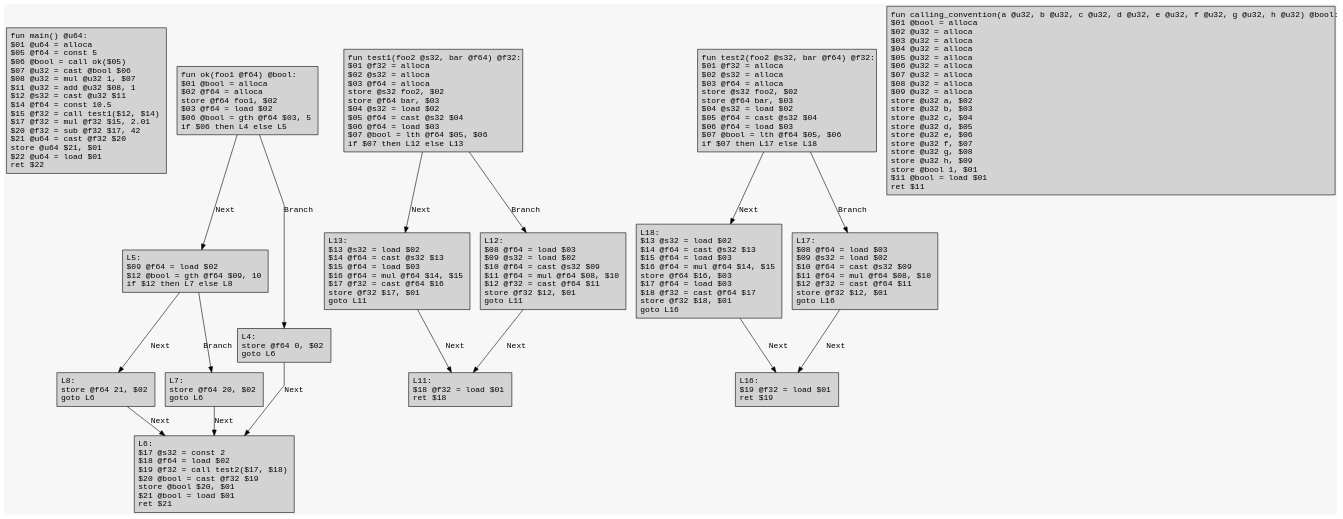
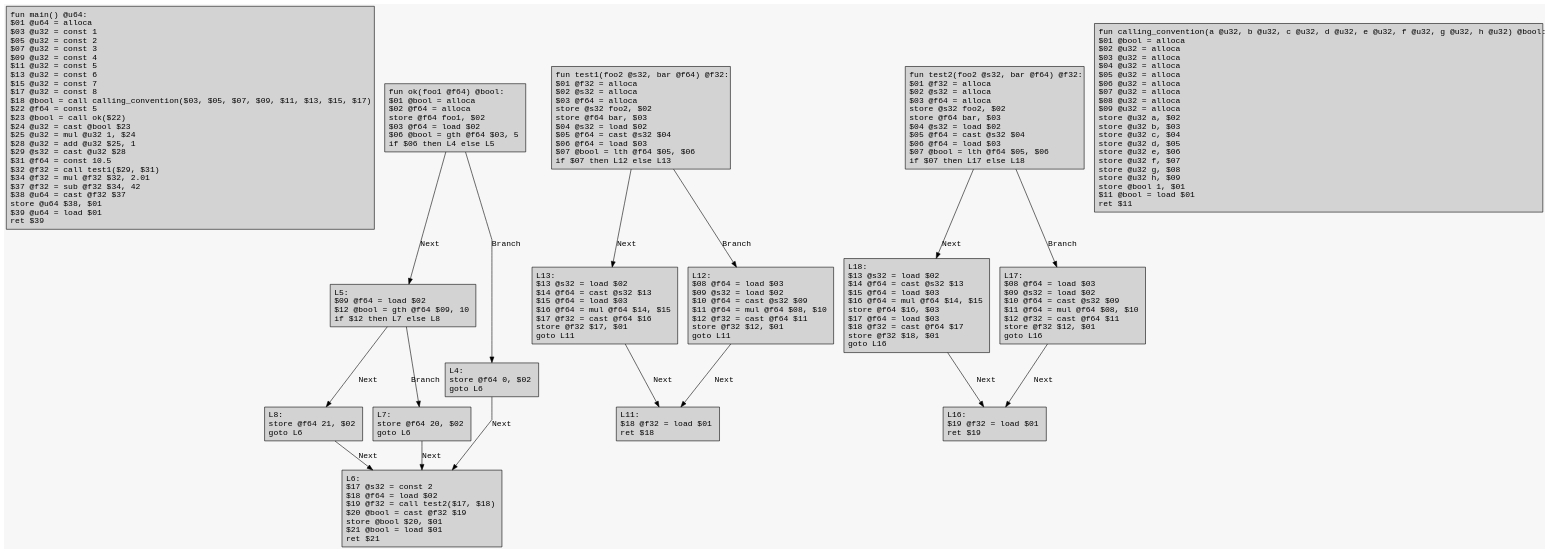
The diagram in example/test_opt.dot (Excse/arkoi_language), drawn with Graphviz before and after one commit. The commit also changed 8 other files, not shown here.

Commit message:
Working on the calling convention

```diff
--- a/example/test_opt.dot
+++ b/example/test_opt.dot
@@ -1,39 +1,39 @@
 digraph CFG {
 	graph [fontname = "Monospace"];
 	node  [fontname = "Monospace", shape=box, style=filled, margin=0.1];
 	edge  [fontname = "Monospace"];
 	bgcolor = "#f7f7f7";
 	splines = false;
 
-	L0 [label="fun main() @u64:\l $01 @u64 = alloca\l $05 @f64 = const 5\l $06 @bool = call ok($05)\l $07 @u32 = cast @bool $06\l $08 @u32 = mul @u32 1, $07\l $11 @u32 = add @u32 $08, 1\l $12 @s32 = cast @u32 $11\l $14 @f64 = const 10.5\l $15 @f32 = call test1($12, $14)\l $17 @f32 = mul @f32 $15, 2.01\l $20 @f32 = sub @f32 $17, 42\l $21 @u64 = cast @f32 $20\l store @u64 $21, $01\l $22 @u64 = load $01\l ret $22\l"];
+	L0 [label="fun main() @u64:\l $01 @u64 = alloca\l $03 @u32 = const 1\l $05 @u32 = const 2\l $07 @u32 = const 3\l $09 @u32 = const 4\l $11 @u32 = const 5\l $13 @u32 = const 6\l $15 @u32 = const 7\l $17 @u32 = const 8\l $18 @bool = call calling_convention($03, $05, $07, $09, $11, $13, $15, $17)\l $22 @f64 = const 5\l $23 @bool = call ok($22)\l $24 @u32 = cast @bool $23\l $25 @u32 = mul @u32 1, $24\l $28 @u32 = add @u32 $25, 1\l $29 @s32 = cast @u32 $28\l $31 @f64 = const 10.5\l $32 @f32 = call test1($29, $31)\l $34 @f32 = mul @f32 $32, 2.01\l $37 @f32 = sub @f32 $34, 42\l $38 @u64 = cast @f32 $37\l store @u64 $38, $01\l $39 @u64 = load $01\l ret $39\l"];
 	L2 [label="fun ok(foo1 @f64) @bool:\l $01 @bool = alloca\l $02 @f64 = alloca\l store @f64 foo1, $02\l $03 @f64 = load $02\l $06 @bool = gth @f64 $03, 5\l if $06 then L4 else L5\l"];
 	L2 -> L5 [label="Next"];
 	L2 -> L4 [label="Branch"];
 	L5 [label="L5:\l $09 @f64 = load $02\l $12 @bool = gth @f64 $09, 10\l if $12 then L7 else L8\l"];
 	L5 -> L8 [label="Next"];
 	L5 -> L7 [label="Branch"];
 	L8 [label="L8:\l store @f64 21, $02\l goto L6\l"];
 	L8 -> L6 [label="Next"];
 	L7 [label="L7:\l store @f64 20, $02\l goto L6\l"];
 	L7 -> L6 [label="Next"];
 	L4 [label="L4:\l store @f64 0, $02\l goto L6\l"];
 	L4 -> L6 [label="Next"];
 	L6 [label="L6:\l $17 @s32 = const 2\l $18 @f64 = load $02\l $19 @f32 = call test2($17, $18)\l $20 @bool = cast @f32 $19\l store @bool $20, $01\l $21 @bool = load $01\l ret $21\l"];
 	L10 [label="fun test1(foo2 @s32, bar @f64) @f32:\l $01 @f32 = alloca\l $02 @s32 = alloca\l $03 @f64 = alloca\l store @s32 foo2, $02\l store @f64 bar, $03\l $04 @s32 = load $02\l $05 @f64 = cast @s32 $04\l $06 @f64 = load $03\l $07 @bool = lth @f64 $05, $06\l if $07 then L12 else L13\l"];
 	L10 -> L13 [label="Next"];
 	L10 -> L12 [label="Branch"];
 	L13 [label="L13:\l $13 @s32 = load $02\l $14 @f64 = cast @s32 $13\l $15 @f64 = load $03\l $16 @f64 = mul @f64 $14, $15\l $17 @f32 = cast @f64 $16\l store @f32 $17, $01\l goto L11\l"];
 	L13 -> L11 [label="Next"];
 	L12 [label="L12:\l $08 @f64 = load $03\l $09 @s32 = load $02\l $10 @f64 = cast @s32 $09\l $11 @f64 = mul @f64 $08, $10\l $12 @f32 = cast @f64 $11\l store @f32 $12, $01\l goto L11\l"];
 	L12 -> L11 [label="Next"];
 	L11 [label="L11:\l $18 @f32 = load $01\l ret $18\l"];
 	L15 [label="fun test2(foo2 @s32, bar @f64) @f32:\l $01 @f32 = alloca\l $02 @s32 = alloca\l $03 @f64 = alloca\l store @s32 foo2, $02\l store @f64 bar, $03\l $04 @s32 = load $02\l $05 @f64 = cast @s32 $04\l $06 @f64 = load $03\l $07 @bool = lth @f64 $05, $06\l if $07 then L17 else L18\l"];
 	L15 -> L18 [label="Next"];
 	L15 -> L17 [label="Branch"];
 	L18 [label="L18:\l $13 @s32 = load $02\l $14 @f64 = cast @s32 $13\l $15 @f64 = load $03\l $16 @f64 = mul @f64 $14, $15\l store @f64 $16, $03\l $17 @f64 = load $03\l $18 @f32 = cast @f64 $17\l store @f32 $18, $01\l goto L16\l"];
 	L18 -> L16 [label="Next"];
 	L17 [label="L17:\l $08 @f64 = load $03\l $09 @s32 = load $02\l $10 @f64 = cast @s32 $09\l $11 @f64 = mul @f64 $08, $10\l $12 @f32 = cast @f64 $11\l store @f32 $12, $01\l goto L16\l"];
 	L17 -> L16 [label="Next"];
 	L16 [label="L16:\l $19 @f32 = load $01\l ret $19\l"];
 	L20 [label="fun calling_convention(a @u32, b @u32, c @u32, d @u32, e @u32, f @u32, g @u32, h @u32) @bool:\l $01 @bool = alloca\l $02 @u32 = alloca\l $03 @u32 = alloca\l $04 @u32 = alloca\l $05 @u32 = alloca\l $06 @u32 = alloca\l $07 @u32 = alloca\l $08 @u32 = alloca\l $09 @u32 = alloca\l store @u32 a, $02\l store @u32 b, $03\l store @u32 c, $04\l store @u32 d, $05\l store @u32 e, $06\l store @u32 f, $07\l store @u32 g, $08\l store @u32 h, $09\l store @bool 1, $01\l $11 @bool = load $01\l ret $11\l"];
 }
```
